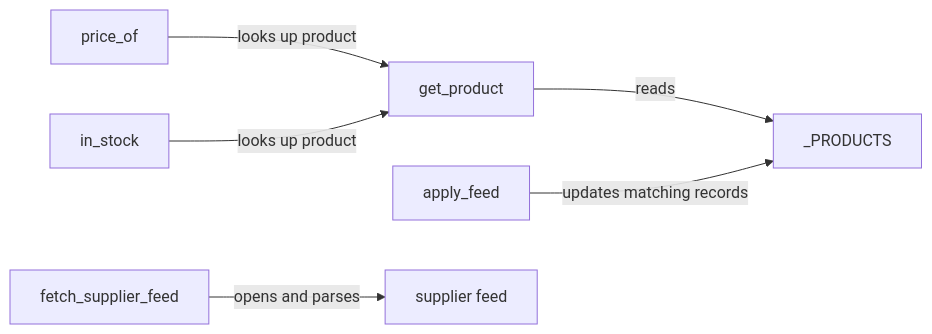
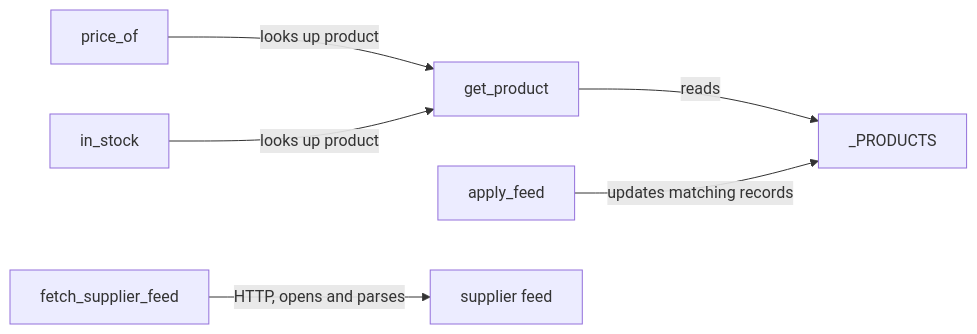
Before and after one commit to vishalc412/bible-mode-b-test: the diagram in codebase-analysis/lld/catalog/catalog.md, drawn with Mermaid. The commit also changed 38 other files, not shown here.

````diff
--- a/codebase-analysis/lld/catalog/catalog.md
+++ b/codebase-analysis/lld/catalog/catalog.md
@@ -44,15 +44,15 @@
 ```mermaid
 flowchart LR
   getproduct["get_product"]
   priceof["price_of"]
   instock["in_stock"]
   fetch["fetch_supplier_feed"]
   apply["apply_feed"]
   store["_PRODUCTS"]
   feed["supplier feed"]
   priceof -->|"looks up product"| getproduct
   instock -->|"looks up product"| getproduct
   getproduct -->|"reads"| store
   apply -->|"updates matching records"| store
-  fetch -->|"opens and parses"| feed
+  fetch -->|"HTTP, opens and parses"| feed
 ```
````
